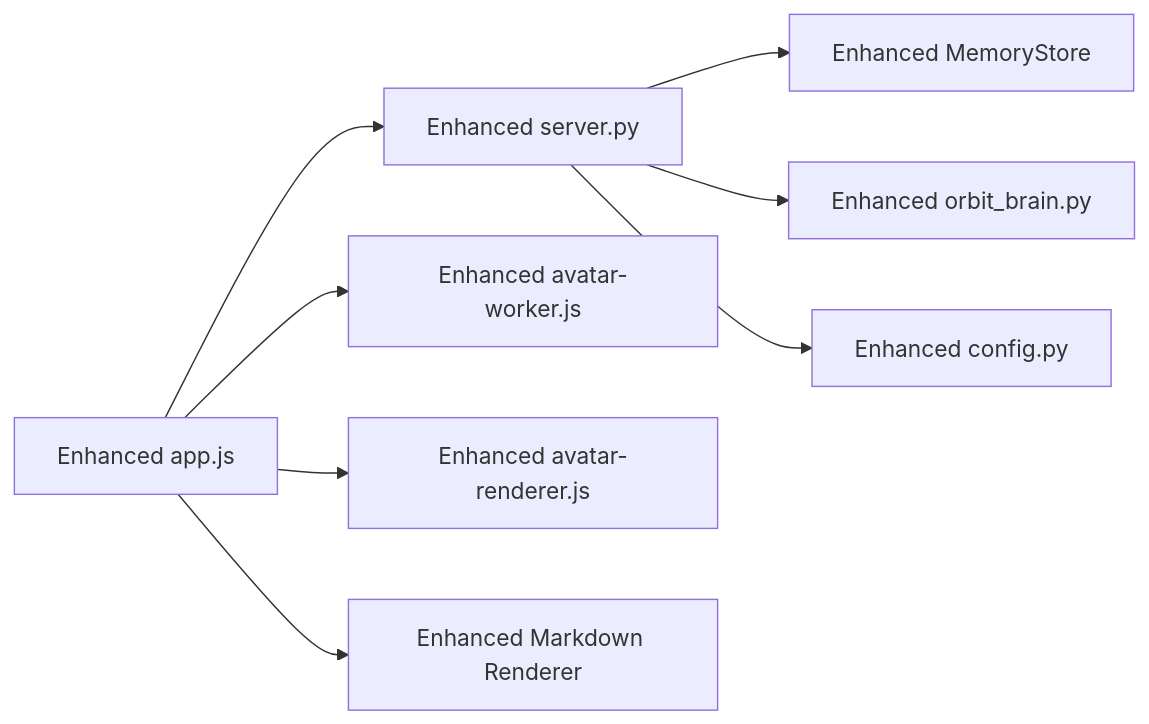
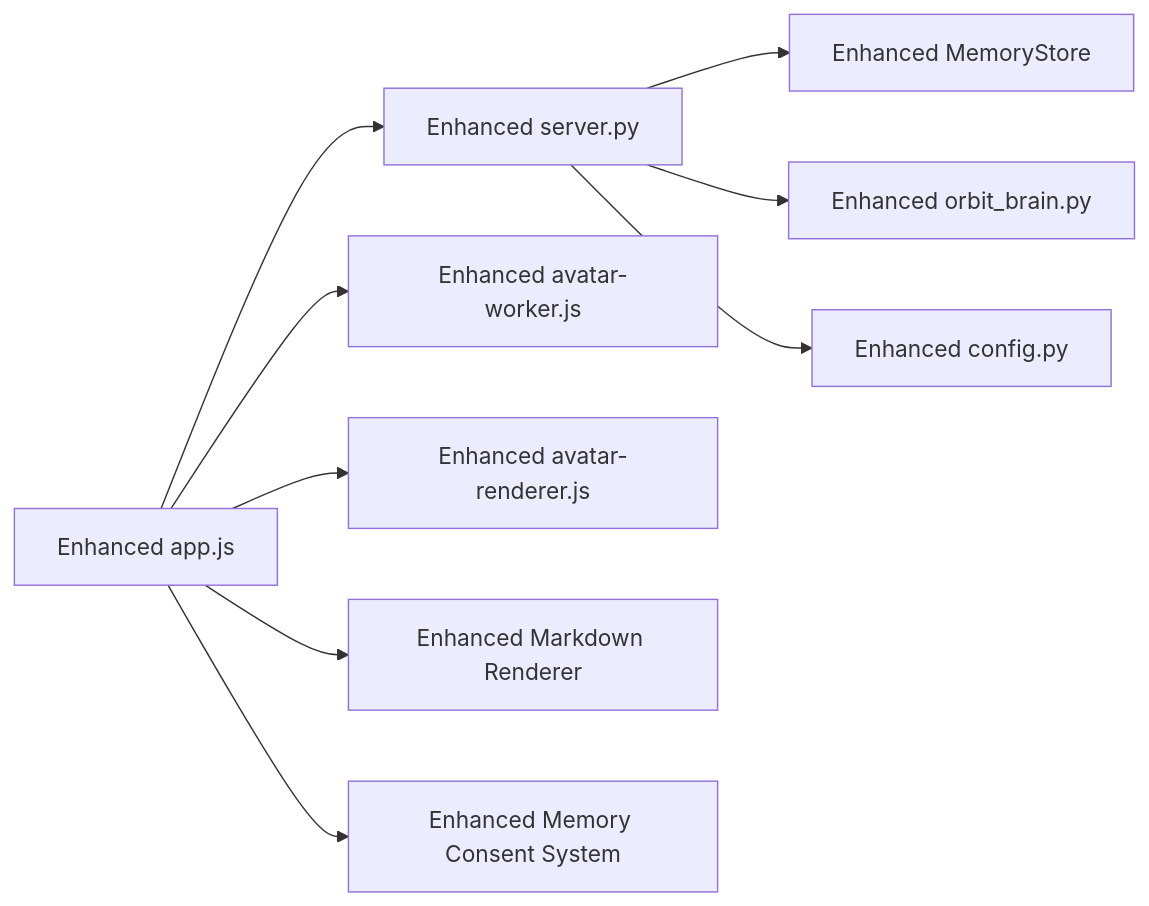
One commit to Sovetsky-Soyuz/AI-Assistant changed the fourth of 4 diagrams in .qoder/repowiki/en/content/Frontend Components/Application Logic/State Management.md. Above: the diagram before and after it, drawn with Mermaid. The commit also changed other lines of this file and 15 other files, not shown here.

````diff
--- a/.qoder/repowiki/en/content/Frontend Components/Application Logic/State Management.md
+++ b/.qoder/repowiki/en/content/Frontend Components/Application Logic/State Management.md
@@ -360,10 +434,11 @@
 ```mermaid
 graph LR
 APP["Enhanced app.js"] --> SRV["Enhanced server.py"]
 SRV --> MS["Enhanced MemoryStore"]
 SRV --> OB["Enhanced orbit_brain.py"]
 SRV --> CFG["Enhanced config.py"]
 APP --> AVW["Enhanced avatar-worker.js"]
 APP --> AVX["Enhanced avatar-renderer.js"]
 APP --> MRK["Enhanced Markdown Renderer"]
+APP --> MEM["Enhanced Memory Consent System"]
 ```
````
